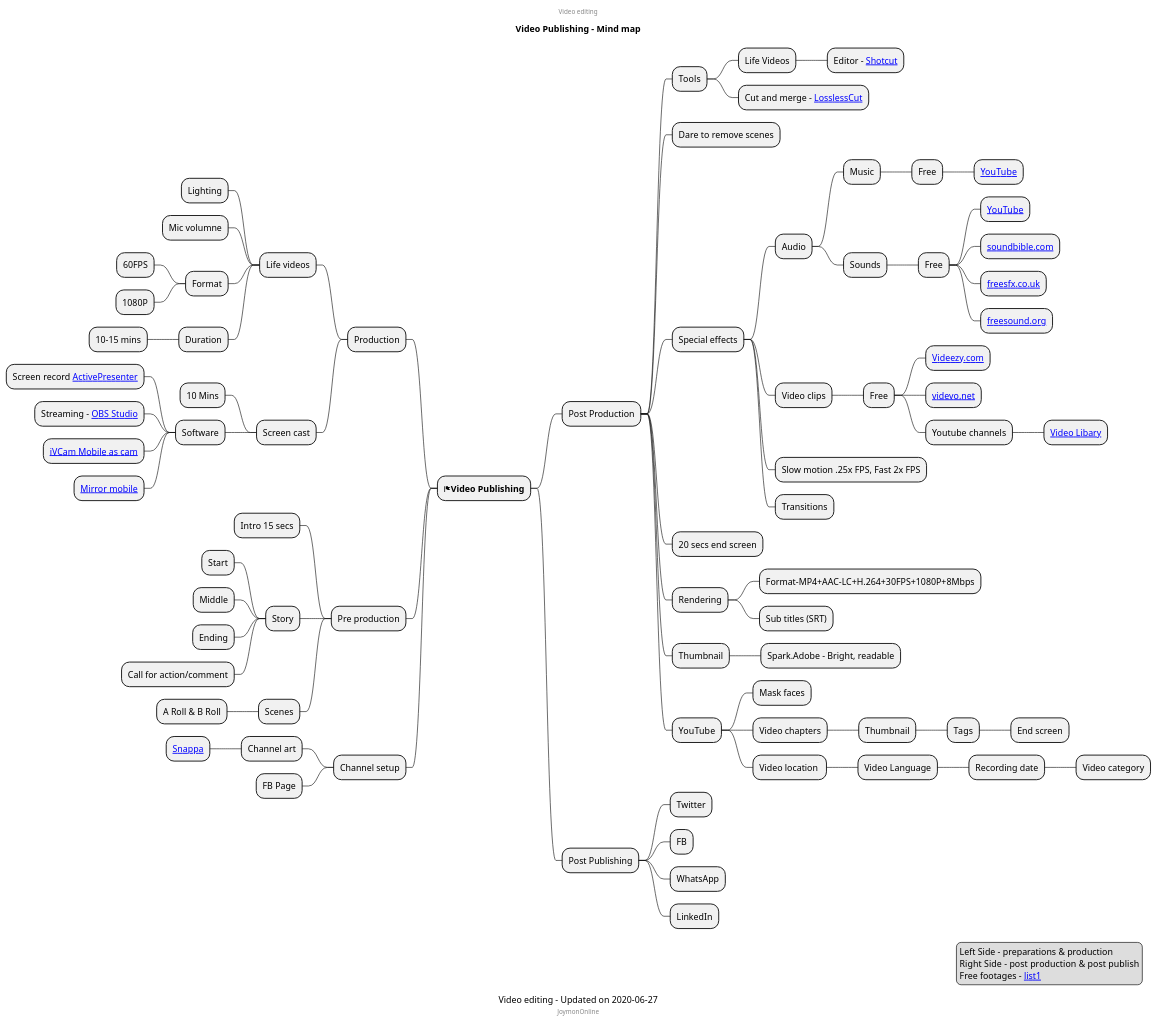
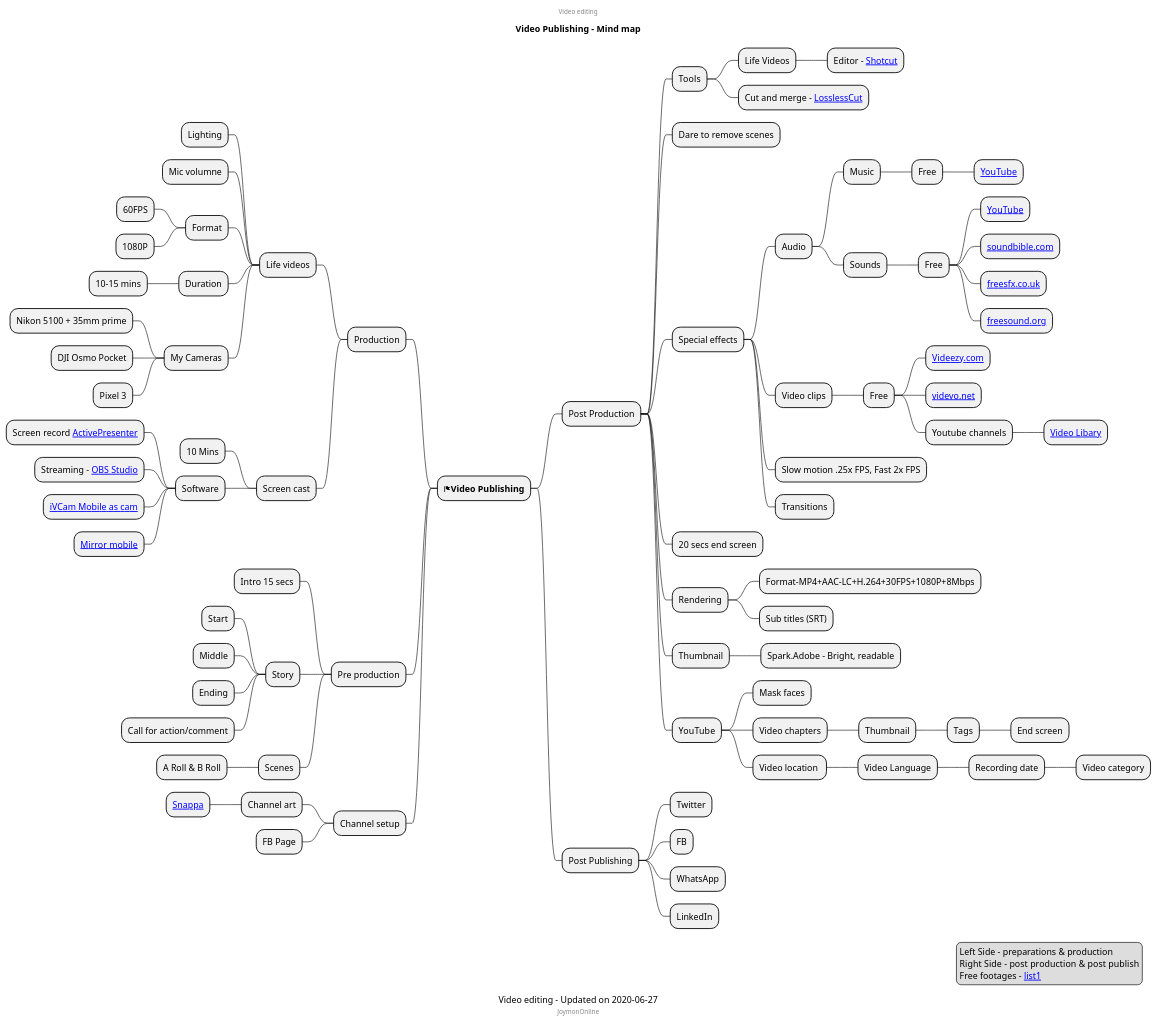
One commit to mind-maps/technology changed the diagram in media/video/publishing.puml. Above: the diagram before and after it, drawn with PlantUML.

Commit message:
Updates to publishing.puml

```diff
--- a/media/video/publishing.puml
+++ b/media/video/publishing.puml
@@ -1,96 +1,100 @@
 @startmindmap
 caption Video editing - Updated on 2020-06-27
 title Video Publishing - Mind map
 center header
 Video editing
 endheader
 
 * <&flag><b>Video Publishing</b>
 
 ** Post Production
 *** Tools
 **** Life Videos
 ***** Editor - [[https://shotcut.org/download/ Shotcut]]
 **** Cut and merge - [[https://github.com/mifi/lossless-cut/releases LosslessCut]]
 
 *** Dare to remove scenes
 *** Special effects
 **** Audio
 ***** Music
 ****** Free
 ******* [[https://www.youtube.com/audiolibrary/music?nv=1 YouTube]]
 ***** Sounds
 ****** Free
 ******* [[https://www.youtube.com/audiolibrary/soundeffects?nv=1 YouTube]]
 ******* [[https://soundbible.com/ soundbible.com]]
 ******* [[https://freesfx.co.uk/ freesfx.co.uk]]
 ******* [[https://freesound.org/ freesound.org]]
 **** Video clips
 ***** Free
 ****** [[https://www.videezy.com/ Videezy.com]]
 ****** [[https://www.videvo.net/ videvo.net]]
 ****** Youtube channels
 ******* [[https://www.youtube.com/channel/UC8ScFr0TdBPz9bLElei6-VA/videos Video Libary]]
 **** Slow motion .25x FPS, Fast 2x FPS
 **** Transitions
 *** 20 secs end screen
 *** Rendering
 **** Format-MP4+AAC-LC+H.264+30FPS+1080P+8Mbps
 **** Sub titles (SRT)
 *** Thumbnail
 **** Spark.Adobe - Bright, readable
 *** YouTube
 **** Mask faces
 **** Video chapters
 ***** Thumbnail
 ****** Tags
 ******* End screen
 **** Video location 
 ***** Video Language
 ****** Recording date
 ******* Video category
 
 ** Post Publishing
 *** Twitter
 *** FB
 *** WhatsApp
 *** LinkedIn
 
 left side
 ** Production
 *** Life videos
 **** Lighting
 **** Mic volumne
 **** Format
 ***** 60FPS
 ***** 1080P
 **** Duration
 ***** 10-15 mins
+**** My Cameras
+***** Nikon 5100 + 35mm prime
+***** DJI Osmo Pocket
+***** Pixel 3
 *** Screen cast
 **** 10 Mins
 **** Software
 ***** Screen record [[https://atomisystems.com/download/ ActivePresenter]]
 ***** Streaming - [[https://obsproject.com/download OBS Studio]]
 ***** [[https://www.e2esoft.com/ivcam/ iVCam Mobile as cam]]
 ***** [[https://www.apowersoft.com/phone-mirror Mirror mobile]]
 ** Pre production
 *** Intro 15 secs
 *** Story
 **** Start
 **** Middle
 **** Ending
 ****  Call for action/comment
 *** Scenes
 **** A Roll & B Roll
 ** Channel setup
 *** Channel art
 **** [[https://snappa.com/ Snappa]]
 *** FB Page
 center footer JoymonOnline
 
 legend right
   Left Side - preparations & production
   Right Side -  post production & post publish
   Free footages - [[https://www.oberlo.com/blog/free-stock-video-websites list1]]
 endlegend
 @endmindmap
```
